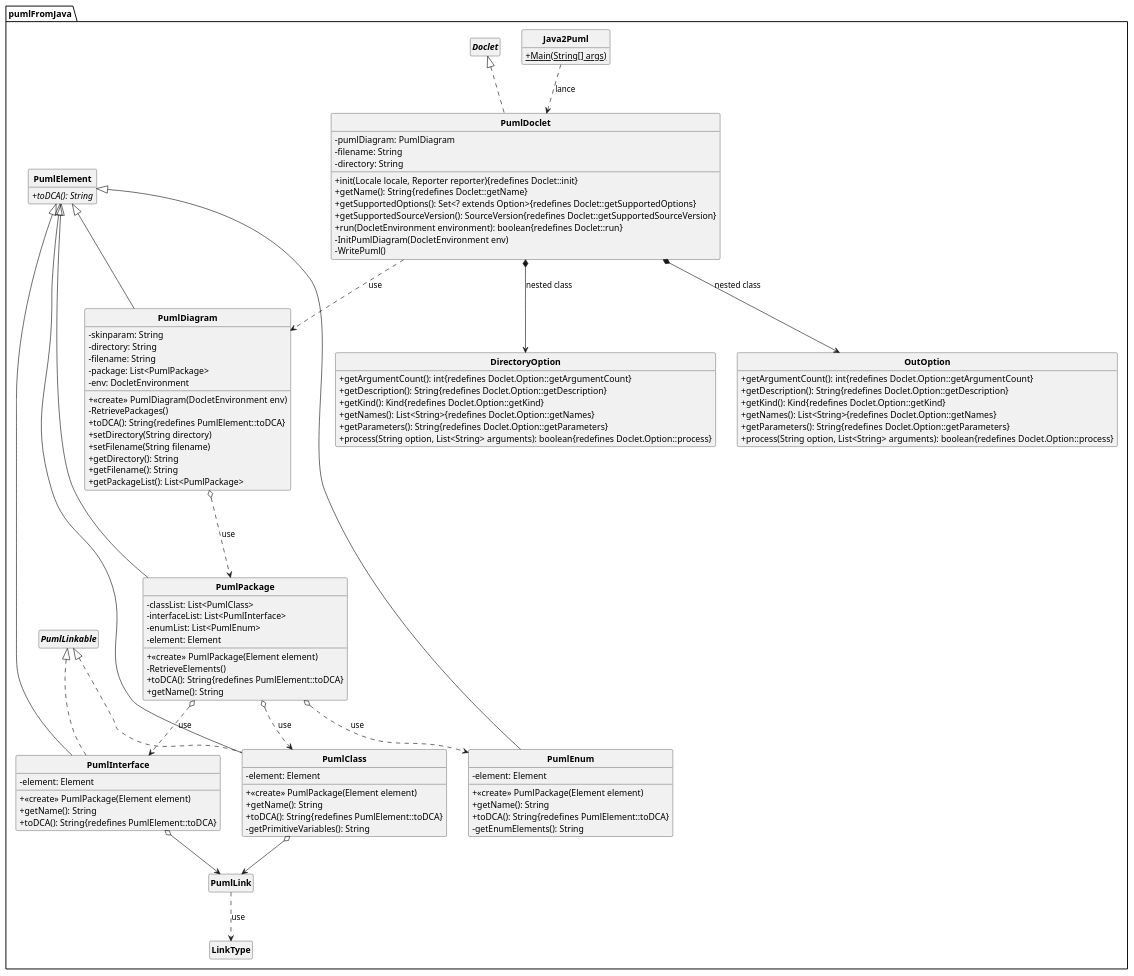
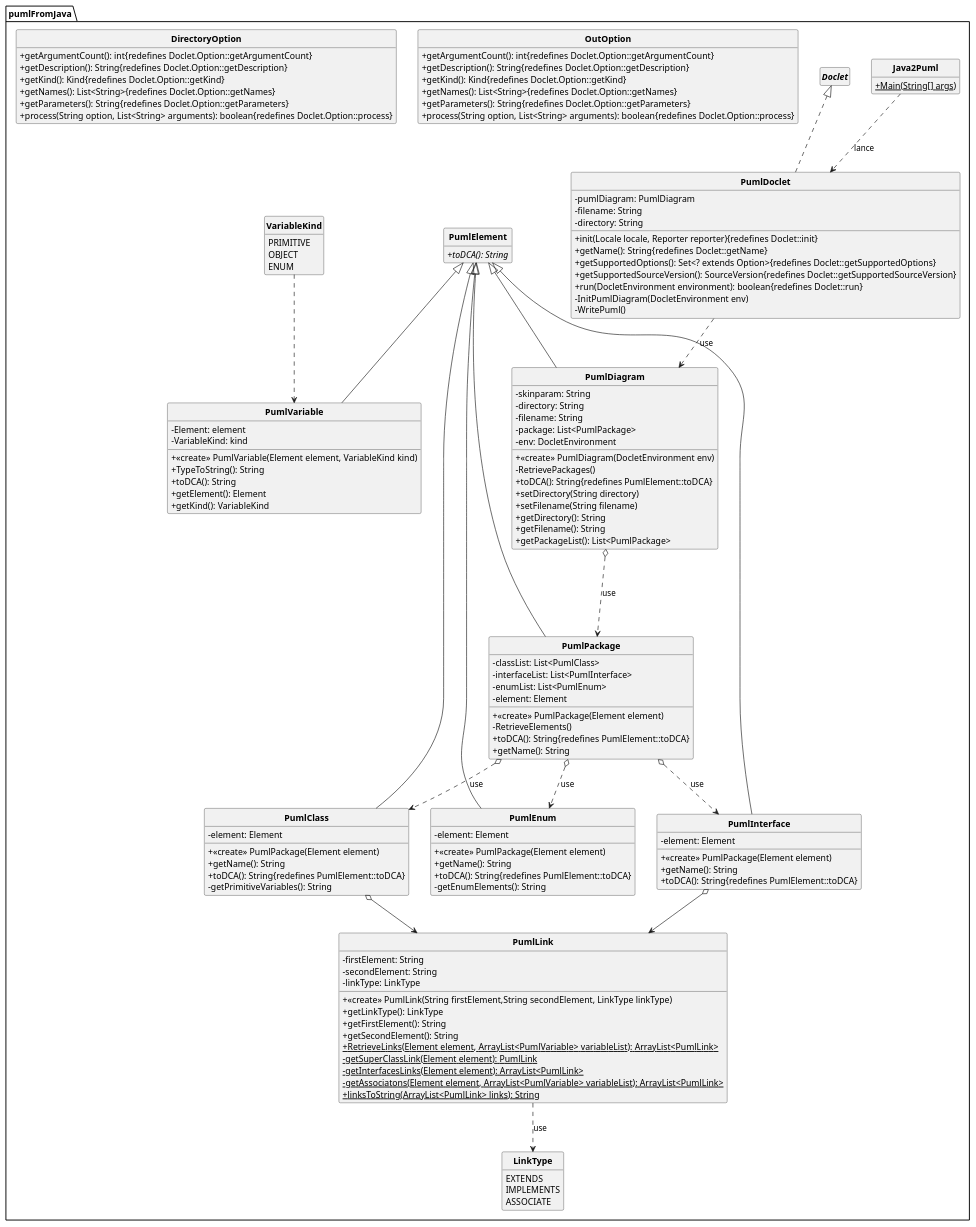
One commit to Lykomonix/API-JAVAtoPUML changed the second of 2 diagrams in uml/DCC API.puml. Above: the diagram before and after it, drawn with PlantUML. The commit also changed other lines of this file and 4 other files, not shown here.

```diff
--- a/uml/DCC API.puml
+++ b/uml/DCC API.puml
@@ -1,130 +34,163 @@
 @startuml
 
 skinparam style strictuml
 skinparam classAttributeIconSize 0
 skinparam classFontStyle Bold
 hide empty members
 
 Package "pumlFromJava" {
 
 class Java2Puml
 {
     + {static} Main(String[] args)
 }
 
 class PumlDoclet implements Doclet
 {
     -pumlDiagram: PumlDiagram
     -filename: String
     -directory: String
     + init(Locale locale, Reporter reporter){redefines Doclet::init}
     + getName(): String{redefines Doclet::getName}
     + getSupportedOptions(): Set<? extends Option>{redefines Doclet::getSupportedOptions}
     + getSupportedSourceVersion(): SourceVersion{redefines Doclet::getSupportedSourceVersion}
     + run(DocletEnvironment environment): boolean{redefines Doclet::run}
     - InitPumlDiagram(DocletEnvironment env)
     - WritePuml()
 }
 
 class OutOption implements Doclet.Option
 {
     + getArgumentCount(): int{redefines Doclet.Option::getArgumentCount}
     + getDescription(): String{redefines Doclet.Option::getDescription}
     + getKind(): Kind{redefines Doclet.Option::getKind}
     + getNames(): List<String>{redefines Doclet.Option::getNames}
     + getParameters(): String{redefines Doclet.Option::getParameters}
     + process(String option, List<String> arguments): boolean{redefines Doclet.Option::process}
 }
 
 class DirectoryOption implements Doclet.Option
 {
     + getArgumentCount(): int{redefines Doclet.Option::getArgumentCount}
     + getDescription(): String{redefines Doclet.Option::getDescription}
     + getKind(): Kind{redefines Doclet.Option::getKind}
     + getNames(): List<String>{redefines Doclet.Option::getNames}
     + getParameters(): String{redefines Doclet.Option::getParameters}
     + process(String option, List<String> arguments): boolean{redefines Doclet.Option::process}
+}
 
-}
 
 class PumlElement
 {
     +toDCA(): String{abstract}
 }
 
 class PumlDiagram extends PumlElement
 {
     - skinparam: String
     - directory: String
     - filename: String
     - package: List<PumlPackage>
     - env: DocletEnvironment
     + <<create>> PumlDiagram(DocletEnvironment env)
     - RetrievePackages()
     + toDCA(): String{redefines PumlElement::toDCA}
     + setDirectory(String directory)
     + setFilename(String filename)
     + getDirectory(): String
     + getFilename(): String
     + getPackageList(): List<PumlPackage>
 }
 
 class PumlPackage extends PumlElement
 {
     - classList: List<PumlClass>
     - interfaceList: List<PumlInterface>
     - enumList: List<PumlEnum>
     - element: Element
     + <<create>> PumlPackage(Element element)
     - RetrieveElements()
     + toDCA(): String{redefines PumlElement::toDCA}
     + getName(): String
 }
 
-class PumlClass extends PumlElement implements PumlLinkable
+class PumlClass extends PumlElement
 {
     - element: Element
     + <<create>> PumlPackage(Element element)
     + getName(): String
     + toDCA(): String{redefines PumlElement::toDCA}
     - getPrimitiveVariables(): String
 }
 
 class PumlEnum extends PumlElement
 {
     - element: Element
     + <<create>> PumlPackage(Element element)
     + getName(): String
     + toDCA(): String{redefines PumlElement::toDCA}
     - getEnumElements(): String
 }
 
-class PumlInterface extends PumlElement implements PumlLinkable
+class PumlInterface extends PumlElement
 {
     - element: Element
     + <<create>> PumlPackage(Element element)
     + getName(): String
     + toDCA(): String{redefines PumlElement::toDCA}
 }
 
 class PumlLink
+{
+    - firstElement: String
+    - secondElement: String
+    - linkType: LinkType
+    + <<create>> PumlLink(String firstElement,String secondElement, LinkType linkType)
+    + getLinkType(): LinkType
+    + getFirstElement(): String
+    + getSecondElement(): String
+    {static}+ RetrieveLinks(Element element, ArrayList<PumlVariable> variableList): ArrayList<PumlLink>
+    {static}- getSuperClassLink(Element element): PumlLink
+    {static}- getInterfacesLinks(Element element): ArrayList<PumlLink>
+    {static}- getAssociatons(Element element, ArrayList<PumlVariable> variableList): ArrayList<PumlLink>
+    {static}+ linksToString(ArrayList<PumlLink> links): String
+}
 
-Interface PumlLinkable
+class PumlVariable extends PumlElement
+{
+    - Element: element
+    - VariableKind: kind
+    + <<create>> PumlVariable(Element element, VariableKind kind)
+    + TypeToString(): String
+    + toDCA(): String
+    + getElement(): Element
+    + getKind(): VariableKind
+}
 
 enum LinkType
+{
+    EXTENDS
+    IMPLEMENTS
+    ASSOCIATE
+}
 
+enum VariableKind
+{
+    PRIMITIVE
+    OBJECT
+    ENUM
+}
 
 PumlDoclet ..> PumlDiagram : use
 Java2Puml ..> PumlDoclet : lance
 PumlDiagram o...> PumlPackage : use
 PumlPackage o..> PumlClass : use
 PumlPackage o..> PumlInterface : use
 PumlPackage o..> PumlEnum : use
-PumlDoclet *--> OutOption : nested class
-PumlDoclet *--> DirectoryOption : nested class
 PumlLink ..> LinkType : use
 PumlInterface o--> PumlLink
 PumlClass o--> PumlLink
+VariableKind ..> PumlVariable
 }
 
 @enduml
```
